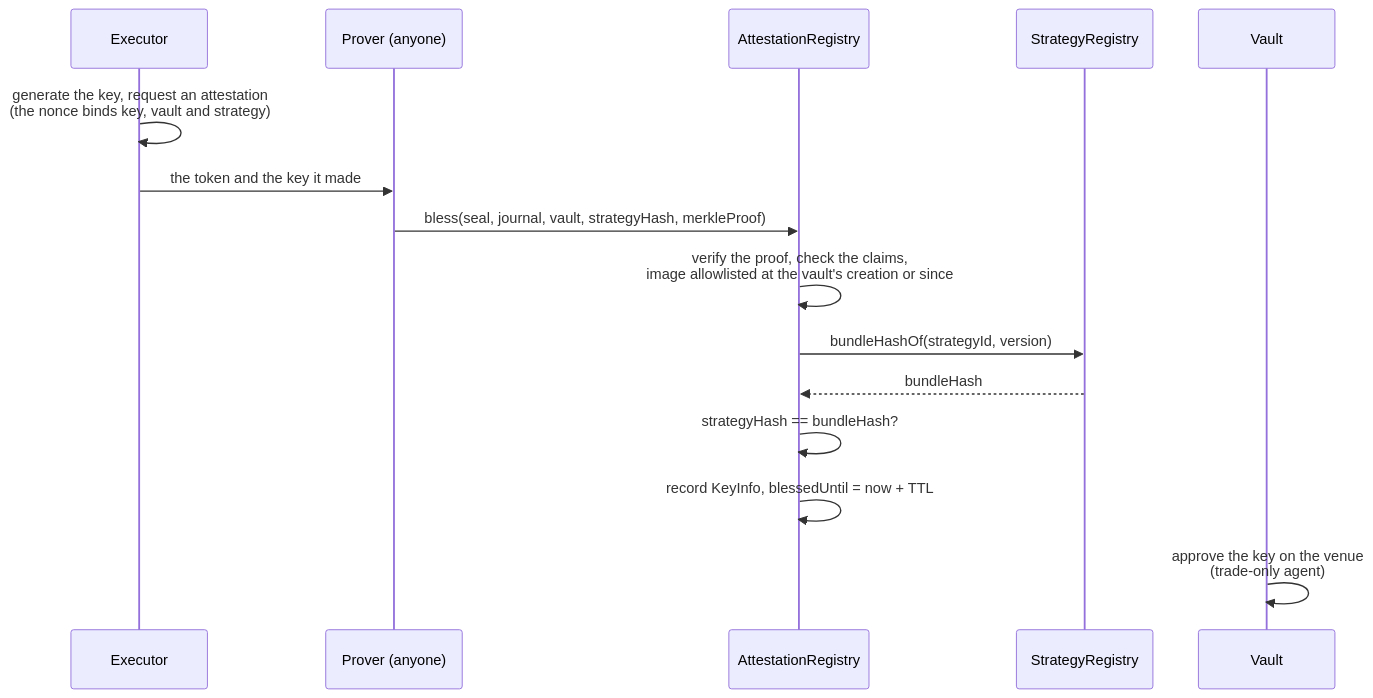
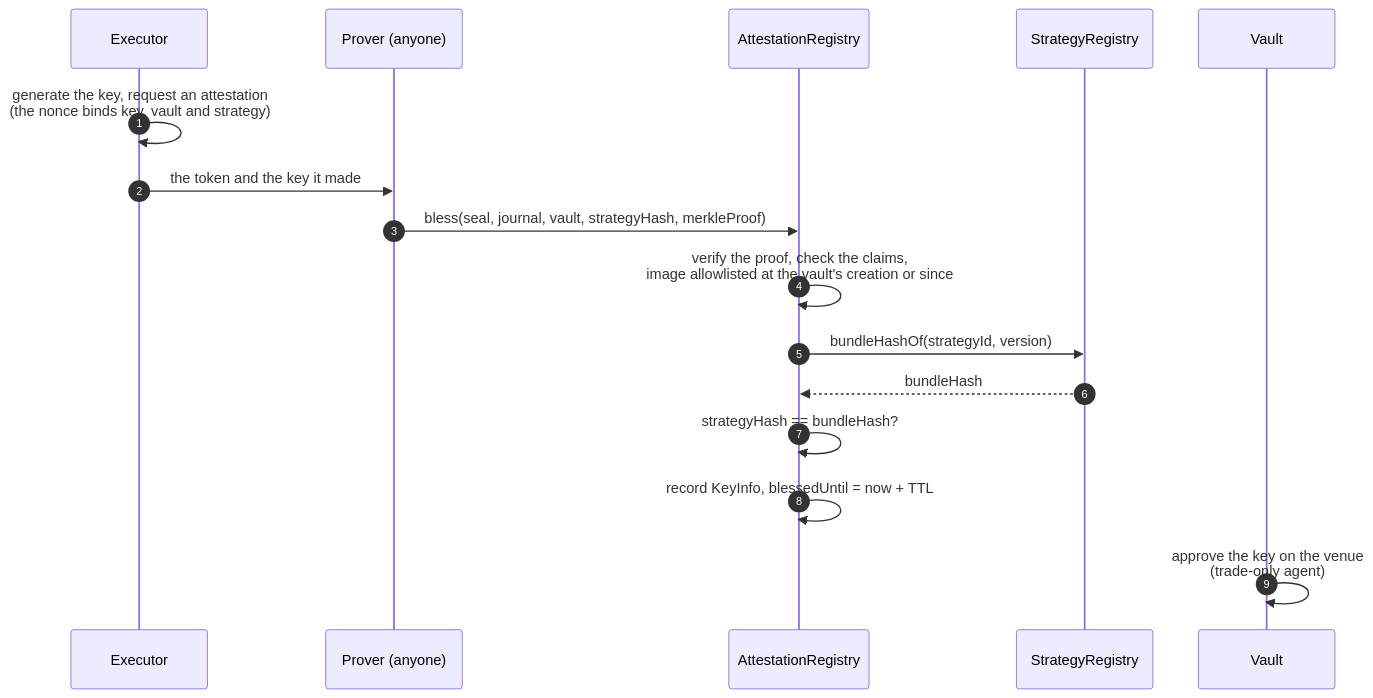
Before and after one commit to ShoninFi/shonin-platform: the diagram in docs/content/how-it-works/execution.md, drawn with Mermaid. The commit also changed 7 other files, not shown here.

````diff
--- a/docs/content/how-it-works/execution.md
+++ b/docs/content/how-it-works/execution.md
@@ -17,17 +17,18 @@
 ```mermaid
 sequenceDiagram
+    autonumber
     participant E as Executor
     participant P as Prover (anyone)
     participant R as AttestationRegistry
     participant S as StrategyRegistry
     participant V as Vault
     E->>E: generate the key, request an attestation<br/>(the nonce binds key, vault and strategy)
     E->>P: the token and the key it made
     P->>R: bless(seal, journal, vault, strategyHash, merkleProof)
     R->>R: verify the proof, check the claims,<br/>image allowlisted at the vault's creation or since
     R->>S: bundleHashOf(strategyId, version)
     S-->>R: bundleHash
     R->>R: strategyHash == bundleHash?
     R->>R: record KeyInfo, blessedUntil = now + TTL
     V->>V: approve the key on the venue<br/>(trade-only agent)
 ```
````
